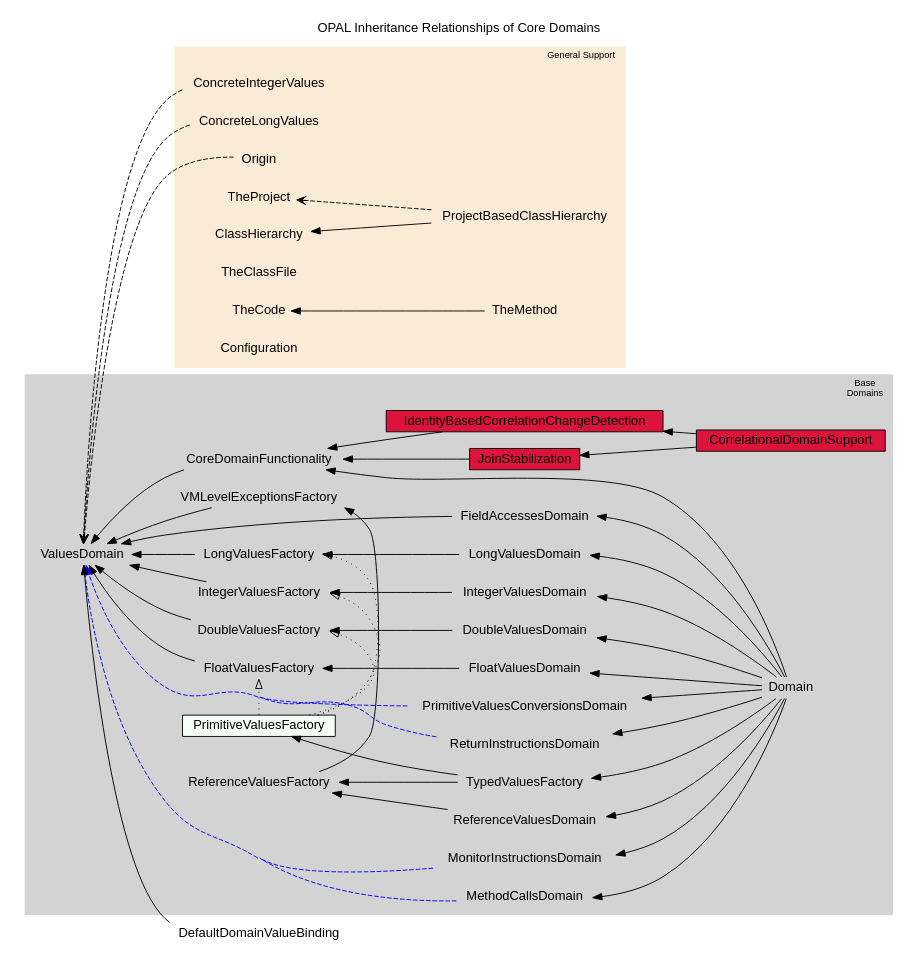
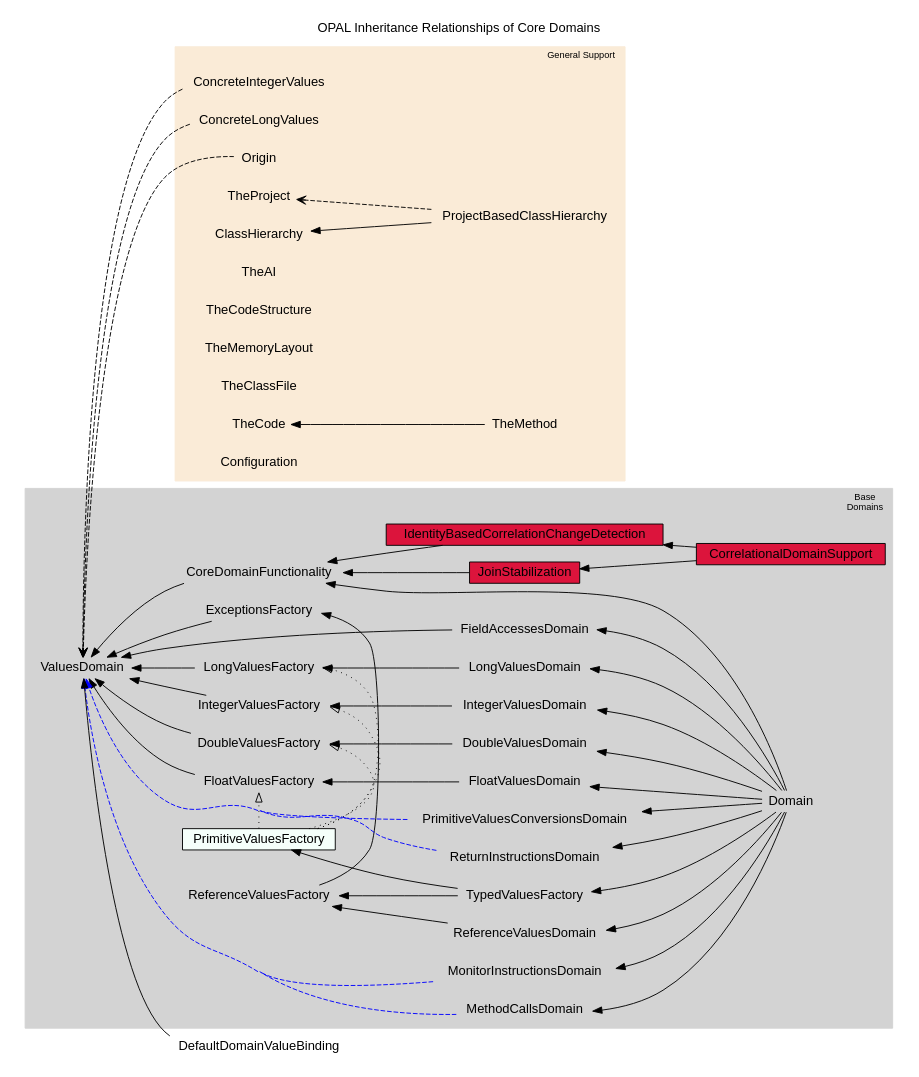
The diagram in OPAL/ai/src/main/scala/org/opalj/ai/OPAL-Domains.dot (opalj/opal), drawn with Graphviz before and after one commit. The commit also changed 60 other files, not shown here.

Commit message:
improved the handling of reference values w.r.t. the potential nullness of those values

```diff
--- a/OPAL/ai/src/main/scala/org/opalj/ai/OPAL-Domains.dot
+++ b/OPAL/ai/src/main/scala/org/opalj/ai/OPAL-Domains.dot
@@ -1,126 +1,132 @@
 digraph OPALDomains {
 	compound=true;
 	concentrate=true;
 	fontname=Helvetica;
 	dpi=50;
 	node [fontname=Helvetica,shape=plaintext,margin="0.05,0.05",height=0];
 	edge [fontname=Helvetica];
 
 	rankdir = RL;
 
 	subgraph cluster_base_domains {
 		style=filled;
     color=lightgrey;
 		fontsize=10;
 
 		//{rank=sink; CoreDomain;}
 		//{rank=source; Domain;}
 		IntegerValuesDomain -> IntegerValuesFactory -> ValuesDomain;
 		LongValuesDomain -> LongValuesFactory -> ValuesDomain;
 		FloatValuesDomain -> FloatValuesFactory -> ValuesDomain;
 		DoubleValuesDomain -> DoubleValuesFactory -> ValuesDomain;
-		ReferenceValuesDomain -> ReferenceValuesFactory -> VMLevelExceptionsFactory -> ValuesDomain;
+		ReferenceValuesDomain -> ReferenceValuesFactory -> ExceptionsFactory -> ValuesDomain;
 
 		PrimitiveValuesFactory -> IntegerValuesFactory [style=dotted,arrowhead=onormal];
 		PrimitiveValuesFactory -> LongValuesFactory [style=dotted,arrowhead=onormal];
 		PrimitiveValuesFactory -> FloatValuesFactory [style=dotted,arrowhead=onormal];
 		PrimitiveValuesFactory -> DoubleValuesFactory [style=dotted,arrowhead=onormal];
 		PrimitiveValuesFactory [style=filled,fillcolor=mintcream,shape=rectangle];
 
 		JoinStabilization -> CoreDomainFunctionality;
 		JoinStabilization [style=filled,fillcolor=crimson,shape=rectangle];
 
 		IdentityBasedCorrelationChangeDetection -> CoreDomainFunctionality;
 		IdentityBasedCorrelationChangeDetection [style=filled,fillcolor=crimson,shape=rectangle];
 
 
 		CorrelationalDomainSupport -> IdentityBasedCorrelationChangeDetection;
 		CorrelationalDomainSupport -> JoinStabilization;
 		CorrelationalDomainSupport [style=filled,fillcolor=crimson,shape=rectangle];
 
 		Domain -> IntegerValuesDomain;
 		Domain -> LongValuesDomain;
 		Domain -> FloatValuesDomain;
 		Domain -> DoubleValuesDomain;
 		Domain -> ReferenceValuesDomain;
 		Domain -> FieldAccessesDomain -> ValuesDomain;
 		Domain -> MethodCallsDomain;
 		MethodCallsDomain -> ValuesDomain [style=dashed,color=blue];
 		Domain -> MonitorInstructionsDomain;
 		MonitorInstructionsDomain -> ValuesDomain [style=dashed,color=blue];
 		Domain -> ReturnInstructionsDomain;
 		ReturnInstructionsDomain -> ValuesDomain [style=dashed,color=blue];
 		Domain -> PrimitiveValuesConversionsDomain;
 		PrimitiveValuesConversionsDomain -> ValuesDomain [style=dashed,color=blue];
 		Domain -> TypedValuesFactory -> { PrimitiveValuesFactory; ReferenceValuesFactory;};
 		Domain -> CoreDomainFunctionality -> ValuesDomain;
 
 		{rank=same;
 			MethodCallsDomain;
 			FieldAccessesDomain;
 			MonitorInstructionsDomain;
 			ReturnInstructionsDomain;
 			PrimitiveValuesConversionsDomain;
 			ReferenceValuesDomain;
 			IntegerValuesDomain;
 			LongValuesDomain;
 			FloatValuesDomain;
 			DoubleValuesDomain;
 		}
 		{rank=same;
 			ReferenceValuesFactory;
-			VMLevelExceptionsFactory;
+			ExceptionsFactory;
 			PrimitiveValuesFactory;
 			IntegerValuesFactory;
 			LongValuesFactory;
 			FloatValuesFactory;
 			DoubleValuesFactory;
 		}
 	  {rank=same;
 			IdentityBasedCorrelationChangeDetection;
 			JoinStabilization;
 		}
 
 		label="Base\nDomains";
 		labeljust=l;
 	}
 
 	subgraph cluster_helper_domains {
 		style=filled;
 		color=antiquewhite;
 		fontsize=10;
 
 		ConcreteIntegerValues -> ValuesDomain [style=dashed,arrowhead=vee];
 		ConcreteLongValues -> ValuesDomain [style=dashed,arrowhead=vee];
 		Origin -> ValuesDomain [style=dashed,arrowhead=vee];
 		ProjectBasedClassHierarchy -> ClassHierarchy;
 		ProjectBasedClassHierarchy -> TheProject [style=dashed,arrowhead=vee];
+		TheAI;
+		TheCodeStructure;
+		TheMemoryLayout;
 		TheProject;
 		TheClassFile;
 		TheMethod -> TheCode ;
 		Configuration;
 
 	{rank=same;
 		TheCode;
 		TheClassFile;
 		Origin;
 		ClassHierarchy;
+		TheAI;
+		TheCodeStructure;
+		TheMemoryLayout;
 		TheProject;
 		ConcreteIntegerValues;
 		ConcreteLongValues;
 		Configuration;
 	}
 
 		label="General Support";
 		labeljust=l;
 	}
 
 	subgraph l0_domains {
 
 	}
 
 	DefaultDomainValueBinding -> ValuesDomain;
 
 	label = "OPAL Inheritance Relationships of Core Domains";
 	labelloc = "t";
  }
```
